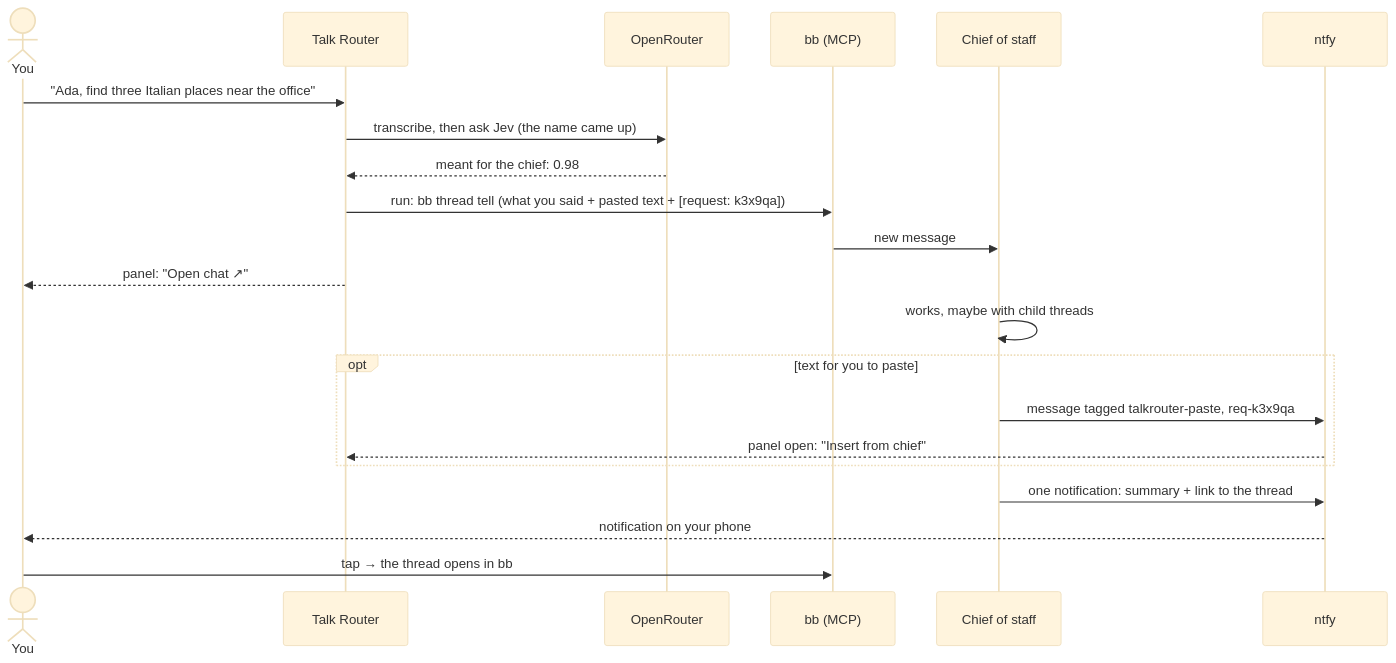
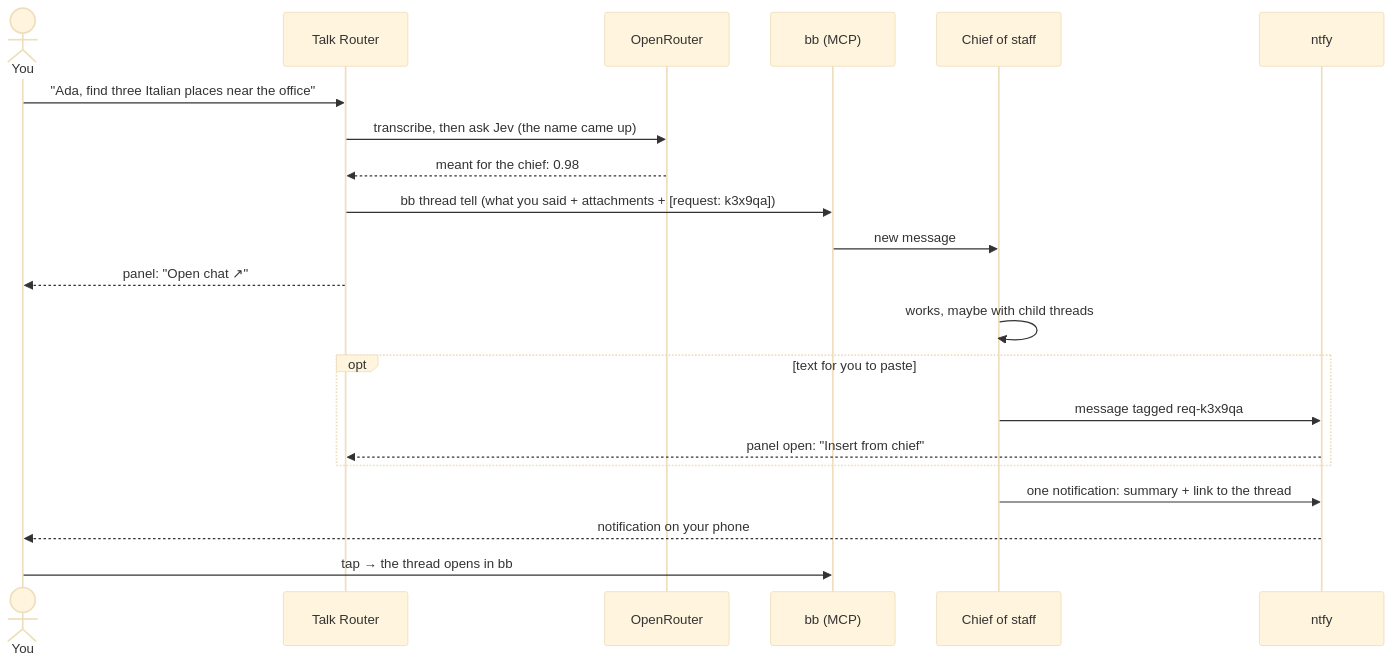
One commit to Philipp-Userlike/dictate-and-delegate changed the third of 4 diagrams in README.md. Above: the diagram before and after it, drawn with Mermaid (base theme). The commit also changed other lines of this file and 8 other files, not shown here.

````diff
--- a/README.md
+++ b/README.md
@@ -96,23 +115,23 @@
 ```mermaid
 sequenceDiagram
     actor You
     participant TR as Talk Router
     participant OR as OpenRouter
     participant BB as bb (MCP)
     participant CoS as Chief of staff
     participant N as ntfy
     You->>TR: "Ada, find three Italian places near the office"
     TR->>OR: transcribe, then ask Jev (the name came up)
     OR-->>TR: meant for the chief: 0.98
-    TR->>BB: run: bb thread tell (what you said + pasted text + [request: k3x9qa])
+    TR->>BB: bb thread tell (what you said + attachments + [request: k3x9qa])
     BB->>CoS: new message
     TR-->>You: panel: "Open chat ↗"
     CoS->>CoS: works, maybe with child threads
     opt text for you to paste
-        CoS->>N: message tagged talkrouter-paste, req-k3x9qa
+        CoS->>N: message tagged req-k3x9qa
         N-->>TR: panel open: "Insert from chief"
     end
     CoS->>N: one notification: summary + link to the thread
     N-->>You: notification on your phone
     You->>BB: tap → the thread opens in bb
 ```
````
